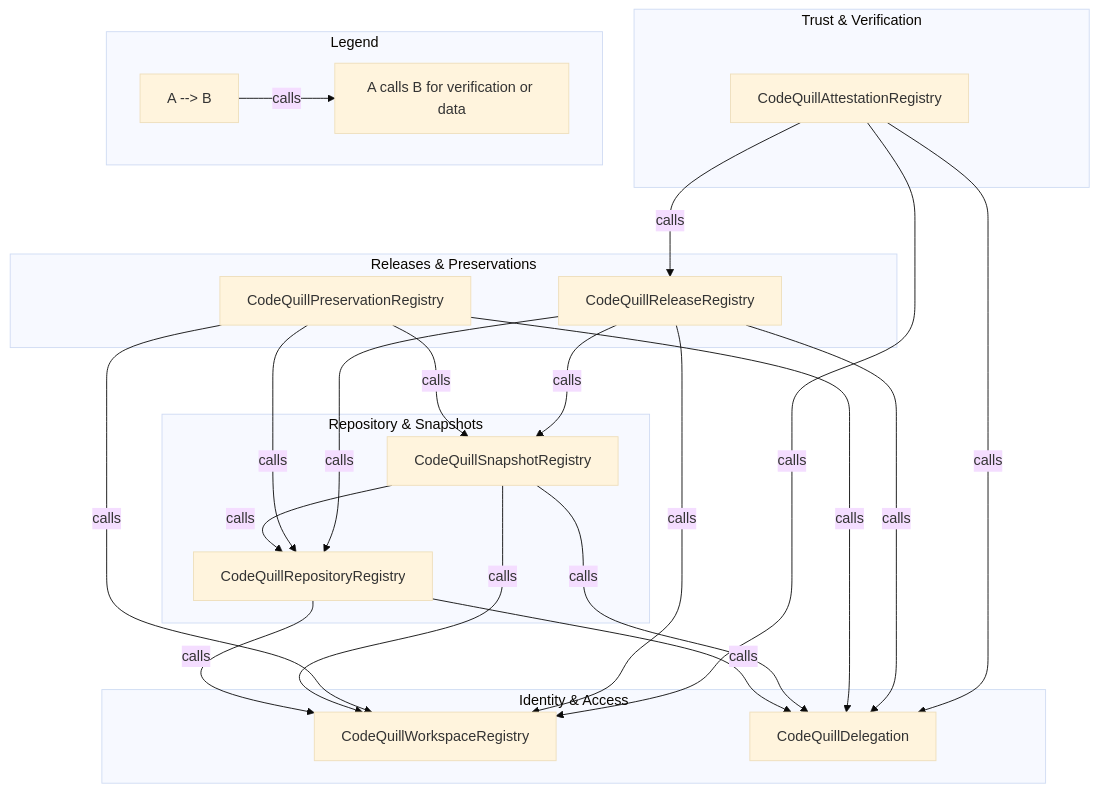
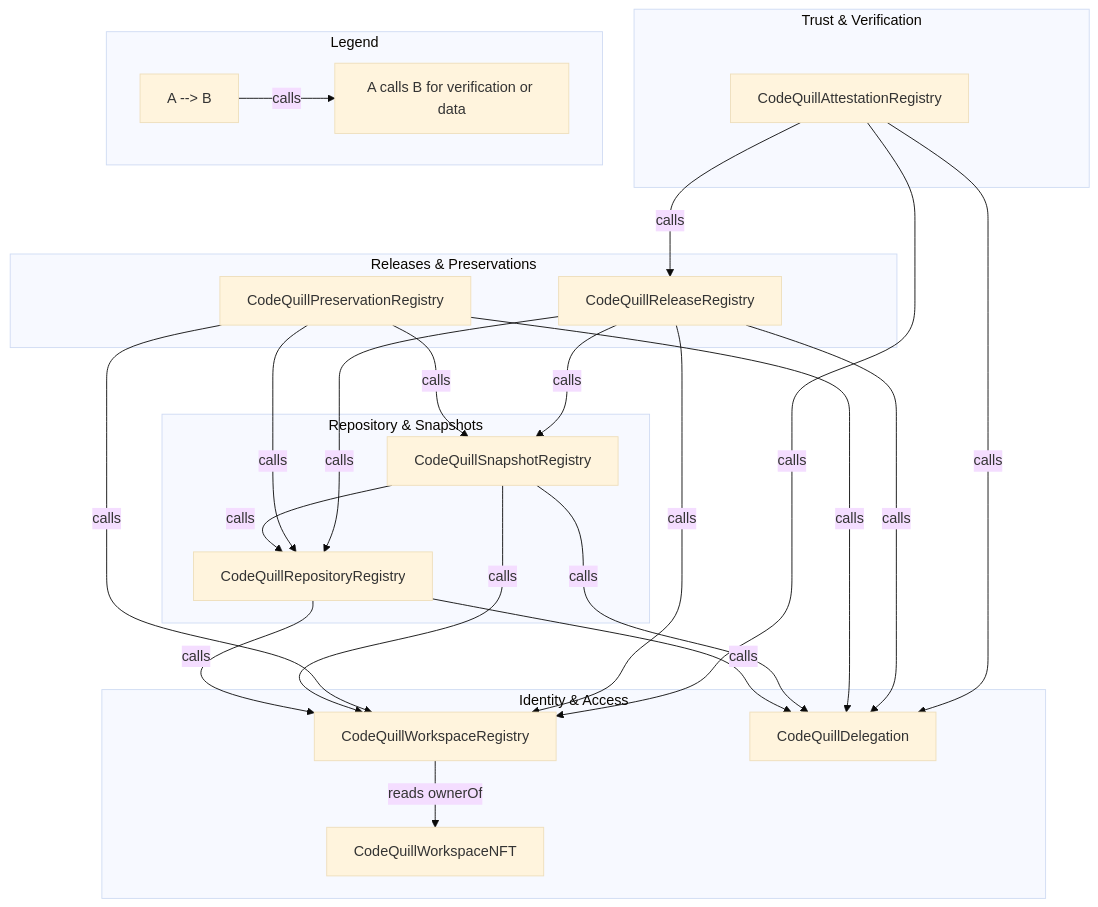
One commit to codequill-claim/contracts changed the first of 2 diagrams in docs/ARCHITECTURE.md. Above: the diagram before and after it, drawn with Mermaid (base theme). The commit also changed other lines of this file and 2 other files, not shown here.

Commit message:
docs: v2 overview in readme, architecture, and permissions matrix

````diff
--- a/docs/ARCHITECTURE.md
+++ b/docs/ARCHITECTURE.md
@@ -9,48 +9,51 @@
 ```mermaid
 graph TB
     subgraph "Identity & Access"
+        NFT[CodeQuillWorkspaceNFT]
         WR[CodeQuillWorkspaceRegistry]
         DL[CodeQuillDelegation]
     end
 
     subgraph "Repository & Snapshots"
         RR[CodeQuillRepositoryRegistry]
         SR[CodeQuillSnapshotRegistry]
     end
 
     subgraph "Releases & Preservations"
         RL[CodeQuillReleaseRegistry]
         PR[CodeQuillPreservationRegistry]
     end
 
     subgraph "Trust & Verification"
         AR[CodeQuillAttestationRegistry]
     end
 
     %% Relationships
+    WR -->|reads ownerOf| NFT
+
     RR -->|calls| WR
     RR -->|calls| DL
-    
+
     SR -->|calls| WR
     SR -->|calls| DL
     SR -->|calls| RR
-    
+
     PR -->|calls| WR
     PR -->|calls| DL
     PR -->|calls| RR
     PR -->|calls| SR
-    
+
     RL -->|calls| WR
     RL -->|calls| DL
     RL -->|calls| RR
     RL -->|calls| SR
-    
+
     AR -->|calls| WR
     AR -->|calls| DL
     AR -->|calls| RL
 
     %% Legend
     subgraph Legend
         L1[A --> B] -->|calls| L2[A calls B for verification or data]
     end
 ```
````
